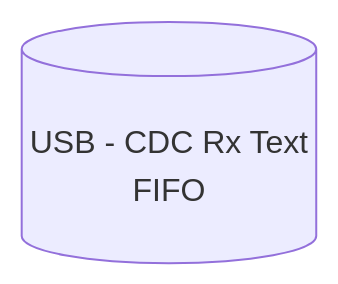
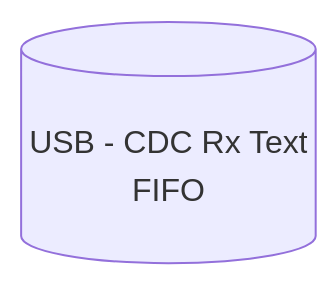
Before and after one commit to Nakakiyo092/canable2kai: the first of 8 diagrams in doc/7.-Buffer-Strategy.md, drawn with Mermaid. The commit also changed other lines of this file and 1 other file, not shown here.

Commit message:
Address review comments on tinyUSB switch
- Replace tab indentation with spaces in buffer.c
- Simplify the CDC Rx buffer diagrams in doc/7

````diff
--- a/doc/7.-Buffer-Strategy.md
+++ b/doc/7.-Buffer-Strategy.md
@@ -18,5 +18,5 @@
 ```mermaid
 block
-  columns 7
-  space  space  space  RX[("<br>USB - CDC Rx Text<br>FIFO")]  space  space  space
+  columns 5
+  space  space  RX[("<br>USB - CDC Rx Text<br>FIFO")]  space  space
 ```
````
